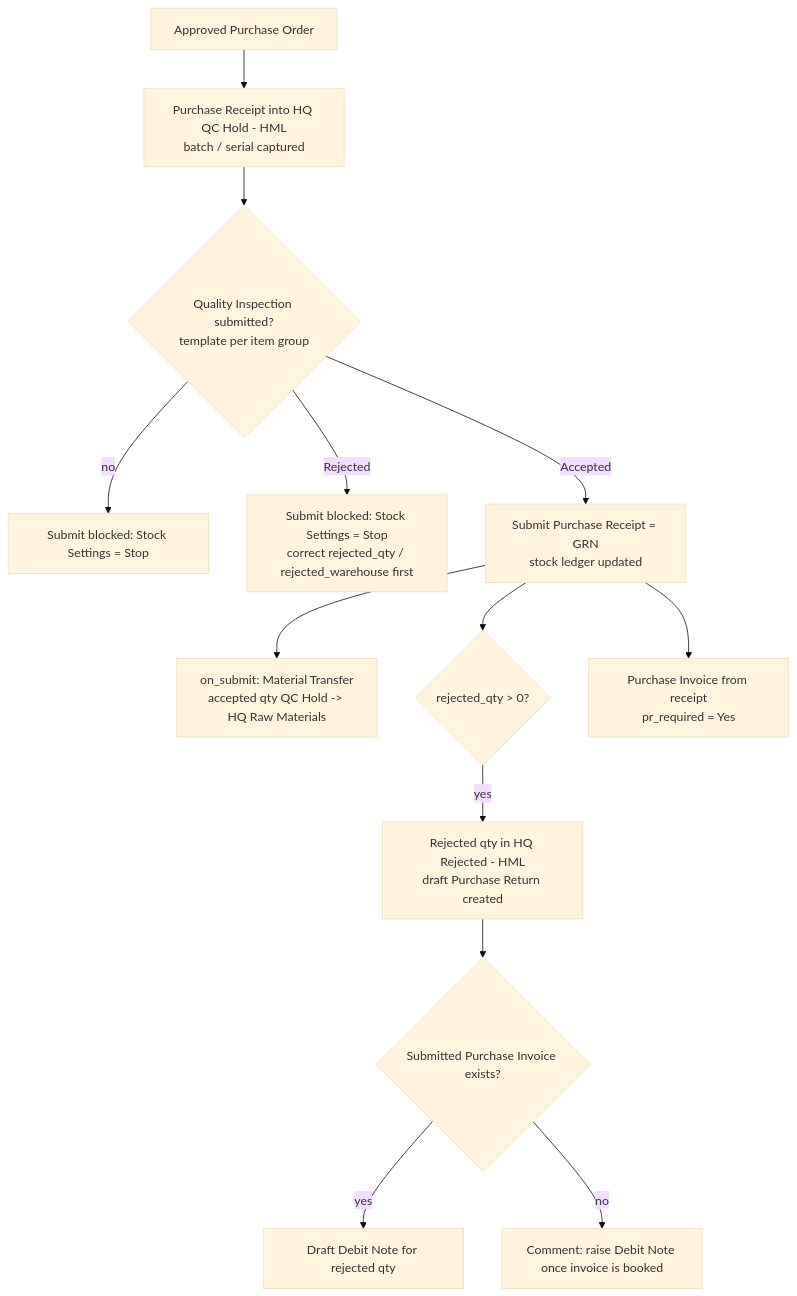
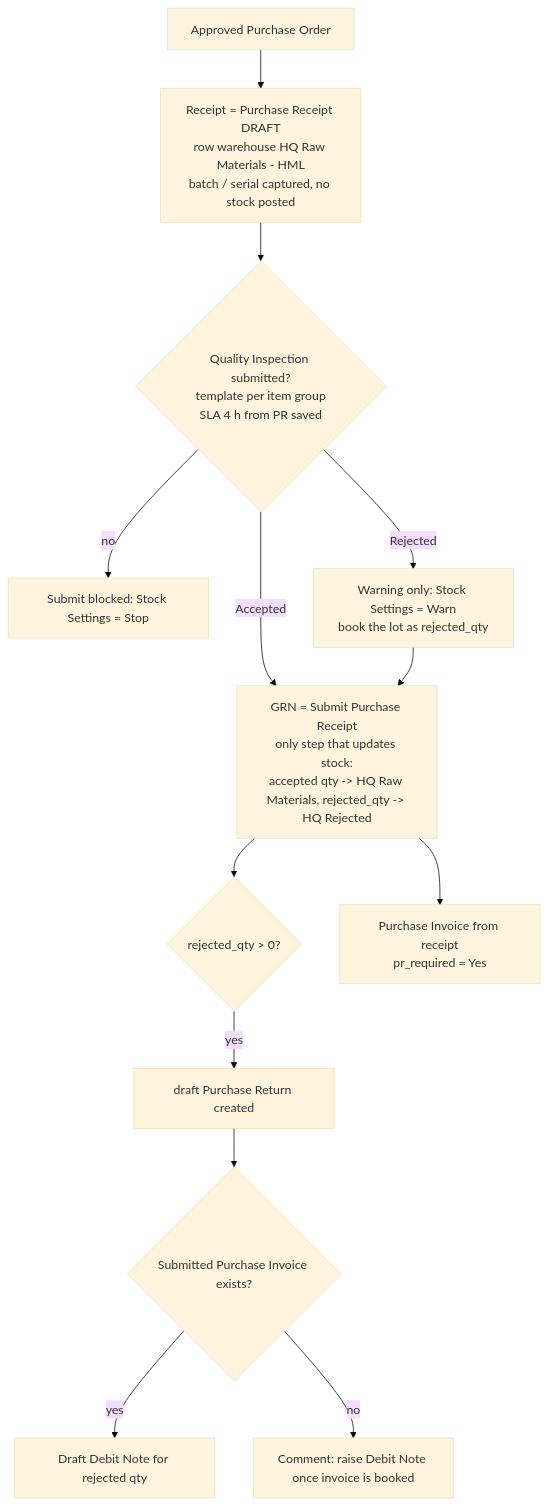
Before and after one commit to PrabaKaran1204/Horizon: the second of 4 diagrams in docs/01_configuration_design.md, drawn with Mermaid (base theme). The commit also changed other lines of this file and 18 other files, not shown here.

First line of the commit message:
feat: standard receipt-QC flow (PR draft = receipt, submit = GRN), optional QC Hold, Supplier Scorecard

````diff
--- a/docs/01_configuration_design.md
+++ b/docs/01_configuration_design.md
@@ -222,15 +223,15 @@
 ```mermaid
 flowchart TD
-    PO[Approved Purchase Order] --> PR[Purchase Receipt into HQ QC Hold - HML<br/>batch / serial captured]
-    PR --> QI{Quality Inspection submitted?<br/>template per item group}
+    PO[Approved Purchase Order] --> PR[Receipt = Purchase Receipt DRAFT<br/>row warehouse HQ Raw Materials - HML<br/>batch / serial captured, no stock posted]
+    PR --> QI{Quality Inspection submitted?<br/>template per item group<br/>SLA 4 h from PR saved}
     QI -- no --> STOP1[Submit blocked: Stock Settings = Stop]
-    QI -- Rejected --> STOP2[Submit blocked: Stock Settings = Stop<br/>correct rejected_qty / rejected_warehouse first]
-    QI -- Accepted --> SUB[Submit Purchase Receipt = GRN<br/>stock ledger updated]
-    SUB --> T1[on_submit: Material Transfer<br/>accepted qty QC Hold -> HQ Raw Materials]
+    QI -- Rejected --> W1[Warning only: Stock Settings = Warn<br/>book the lot as rejected_qty]
+    QI -- Accepted --> SUB
+    W1 --> SUB[GRN = Submit Purchase Receipt<br/>only step that updates stock:<br/>accepted qty -> HQ Raw Materials, rejected_qty -> HQ Rejected]
     SUB --> T2{rejected_qty > 0?}
-    T2 -- yes --> T3[Rejected qty in HQ Rejected - HML<br/>draft Purchase Return created]
+    T2 -- yes --> T3[draft Purchase Return created]
     T3 --> T4{Submitted Purchase Invoice exists?}
     T4 -- yes --> T5[Draft Debit Note for rejected qty]
     T4 -- no --> T6[Comment: raise Debit Note once invoice is booked]
     SUB --> PI[Purchase Invoice from receipt<br/>pr_required = Yes]
 ```
````
